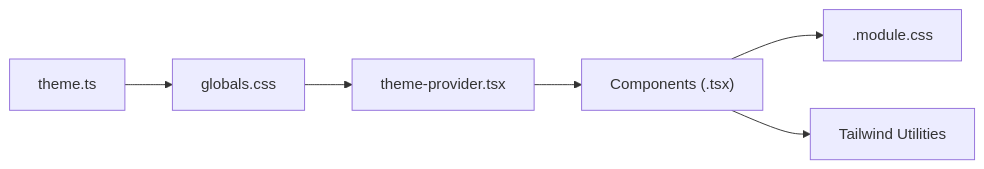
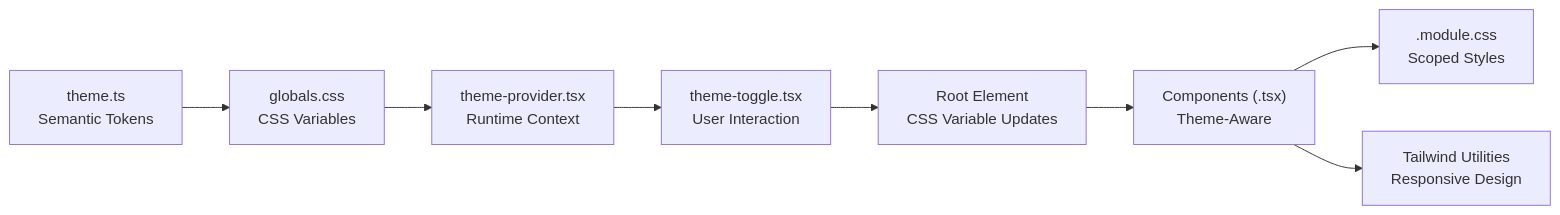
The tenth of 10 diagrams in .qoder/repowiki/en/content/Frontend Architecture/Styling System.md (HassanAmeer/cheaprouter), drawn with Mermaid before and after one commit. The commit also changed other lines of this file and 54 other files, not shown here.

````diff
--- a/.qoder/repowiki/en/content/Frontend Architecture/Styling System.md
+++ b/.qoder/repowiki/en/content/Frontend Architecture/Styling System.md
@@ -428,8 +458,10 @@
 ```mermaid
 graph LR
-Config["theme.ts"] --> Globals["globals.css"]
-Globals --> Provider["theme-provider.tsx"]
-Provider --> Components["Components (.tsx)"]
-Components --> Modules[".module.css"]
-Components --> Tailwind["Tailwind Utilities"]
+Config["theme.ts<br/>Semantic Tokens"] --> Globals["globals.css<br/>CSS Variables"]
+Globals --> Provider["theme-provider.tsx<br/>Runtime Context"]
+Provider --> Toggle["theme-toggle.tsx<br/>User Interaction"]
+Toggle --> Root["Root Element<br/>CSS Variable Updates"]
+Root --> Components["Components (.tsx)<br/>Theme-Aware"]
+Components --> Modules[".module.css<br/>Scoped Styles"]
+Components --> Tailwind["Tailwind Utilities<br/>Responsive Design"]
 ```
````
